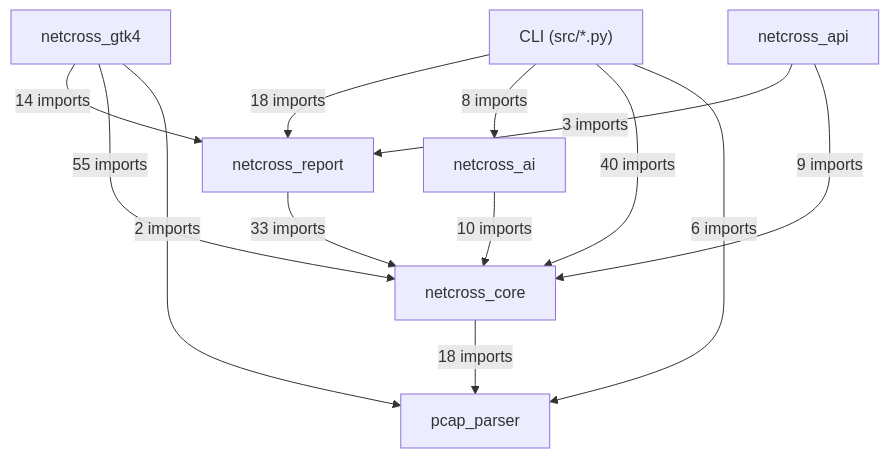
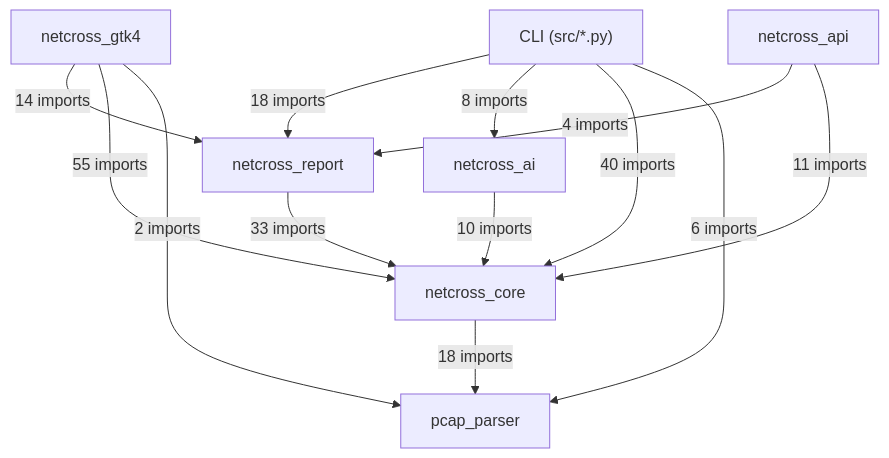
Before and after one commit to Mathide-Team/Netcross: the first of 19 diagrams in docs/class-diagram.md, drawn with Mermaid. The commit also changed other lines of this file, not shown here.

First line of the commit message:
chore: rebase sur dev + regenerate class-diagram

````diff
--- a/docs/class-diagram.md
+++ b/docs/class-diagram.md
@@ -26,22 +26,22 @@
 ```mermaid
 flowchart TD
     CLI["CLI (src/*.py)"]
     netcross_gtk4["netcross_gtk4"]
     netcross_api["netcross_api"]
     netcross_report["netcross_report"]
     netcross_ai["netcross_ai"]
     netcross_core["netcross_core"]
     pcap_parser["pcap_parser"]
     CLI -->|"18 imports"| netcross_report
     CLI -->|"8 imports"| netcross_ai
     CLI -->|"40 imports"| netcross_core
     CLI -->|"6 imports"| pcap_parser
     netcross_gtk4 -->|"14 imports"| netcross_report
     netcross_gtk4 -->|"55 imports"| netcross_core
     netcross_gtk4 -->|"2 imports"| pcap_parser
-    netcross_api -->|"3 imports"| netcross_report
-    netcross_api -->|"9 imports"| netcross_core
+    netcross_api -->|"4 imports"| netcross_report
+    netcross_api -->|"11 imports"| netcross_core
     netcross_report -->|"33 imports"| netcross_core
     netcross_ai -->|"10 imports"| netcross_core
     netcross_core -->|"18 imports"| pcap_parser
 ```
````
